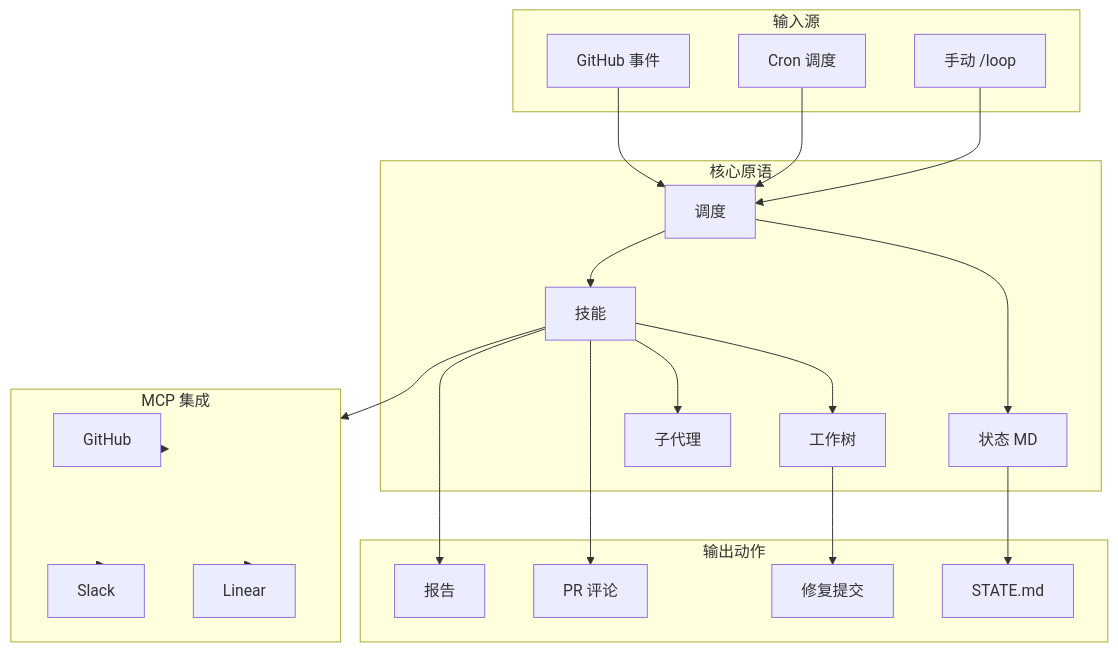
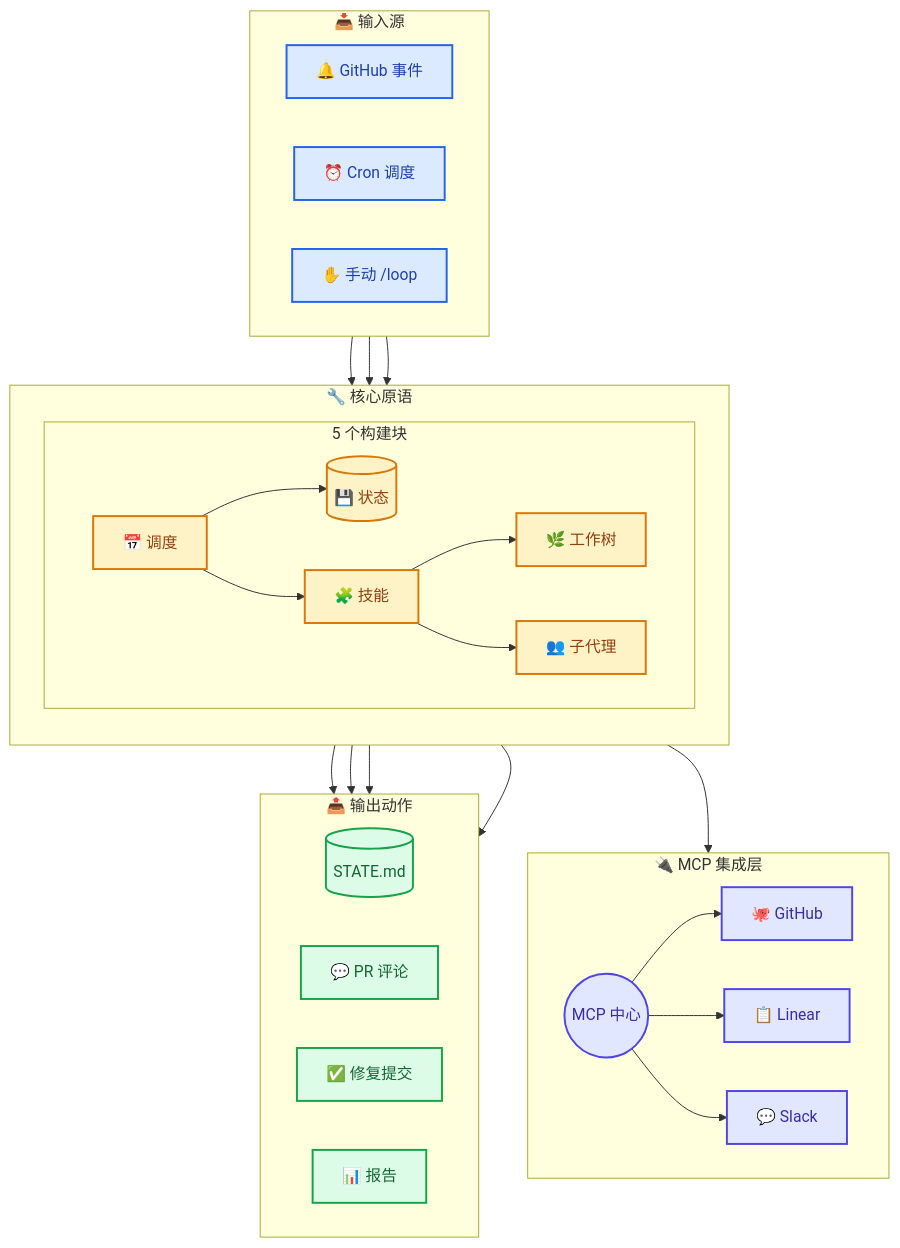
Before and after one commit to KevinZhangNothing/agent-loops: the first of 2 diagrams in README.zh-CN.md, drawn with Mermaid. The commit also changed 1 other file, not shown here.

Commit message:
docs: enhance architecture diagram with better styling
English + Chinese README updates:
- Add emoji icons to all nodes for visual clarity
- Improve node shapes: database for State, circle for MCP Hub, rounded for others
- Add directional layout hints (LR for horizontal, TB for vertical)
- Apply color scheme:
  - Input: Blue (#dbeafe)
  - Core Primitives: Amber (#fef3c7)
  - MCP Integration: Indigo (#e0e7ff)
  - Output: Green (#dcfce7)
- Better organize subgraphs with nested structure
- Add explicit edge connections for cleaner flow
- Use CSS classes for consistent styling

````diff
--- a/README.zh-CN.md
+++ b/README.zh-CN.md
@@ -57,37 +57,71 @@
 ```mermaid
 flowchart TB
-    subgraph Inputs["输入源"]
-        GH[GitHub 事件]
-        CRON[Cron 调度]
-        MANUAL[手动 /loop]
+    subgraph Inputs["📥 输入源"]
+        direction LR
+        GH["🔔 GitHub 事件"]
+        CRON["⏰ Cron 调度"]
+        MANUAL["✋ 手动 /loop"]
     end
 
-    subgraph Primitives["核心原语"]
-        SCHED[调度]
-        STATE[状态 MD]
-        SKILLS[技能]
-        WT[工作树]
-        SUB[子代理]
+    subgraph Core["🔧 核心原语"]
+        direction TB
+        subgraph Primitives["5 个构建块"]
+            direction LR
+            SCHED["📅 调度"]
+            STATE[("💾 状态")]
+            SKILLS["🧩 技能"]
+            WT["🌿 工作树"]
+            SUB["👥 子代理"]
+        end
     end
 
-    subgraph MCP["MCP 集成"]
-        GH_MCP[GitHub]
-        LIN_MCP[Linear]
-        SLK_MCP[Slack]
+    subgraph MCP["🔌 MCP 集成层"]
+        direction LR
+        MCP_HUB(("MCP 中心"))
+        GH_MCP["🐙 GitHub"]
+        LIN_MCP["📋 Linear"]
+        SLK_MCP["💬 Slack"]
     end
 
-    subgraph Outputs["输出动作"]
-        STATE_UPD[STATE.md]
-        PR_COM[PR 评论]
-        FIXES[修复提交]
-        REPS[报告]
+    subgraph Outputs["📤 输出动作"]
+        direction LR
+        STATE_UPD[("STATE.md")]
+        PR_COM["💬 PR 评论"]
+        FIXES["✅ 修复提交"]
+        REPS["📊 报告"]
     end
 
-    GH & CRON & MANUAL --> SCHED
-    SCHED --> STATE & SKILLS
-    SKILLS --> WT & SUB & MCP
-    MCP --> GH_MCP & LIN_MCP & SLK_MCP
+    %% 输入连接
+    GH --> SCHED
+    CRON --> SCHED
+    MANUAL --> SCHED
+    
+    %% 核心原语连接
+    SCHED --> STATE
+    SCHED --> SKILLS
+    SKILLS --> WT
+    SKILLS --> SUB
+    SKILLS --> MCP_HUB
+    
+    %% MCP 连接
+    MCP_HUB --> GH_MCP
+    MCP_HUB --> LIN_MCP
+    MCP_HUB --> SLK_MCP
+    
+    %% 输出连接
     STATE --> STATE_UPD
-    SKILLS --> PR_COM & REPS
+    SKILLS --> PR_COM
+    SKILLS --> REPS
     WT --> FIXES
+
+    %% 样式定义
+    classDef input fill:#dbeafe,stroke:#2563eb,stroke-width:2px,color:#1e40af
+    classDef core fill:#fef3c7,stroke:#d97706,stroke-width:2px,color:#92400e
+    classDef mcp fill:#e0e7ff,stroke:#4f46e5,stroke-width:2px,color:#3730a3
+    classDef output fill:#dcfce7,stroke:#16a34a,stroke-width:2px,color:#166534
+    
+    class GH,CRON,MANUAL input
+    class SCHED,STATE,SKILLS,WT,SUB core
+    class MCP_HUB,GH_MCP,LIN_MCP,SLK_MCP mcp
+    class STATE_UPD,PR_COM,FIXES,REPS output
 ```
````
